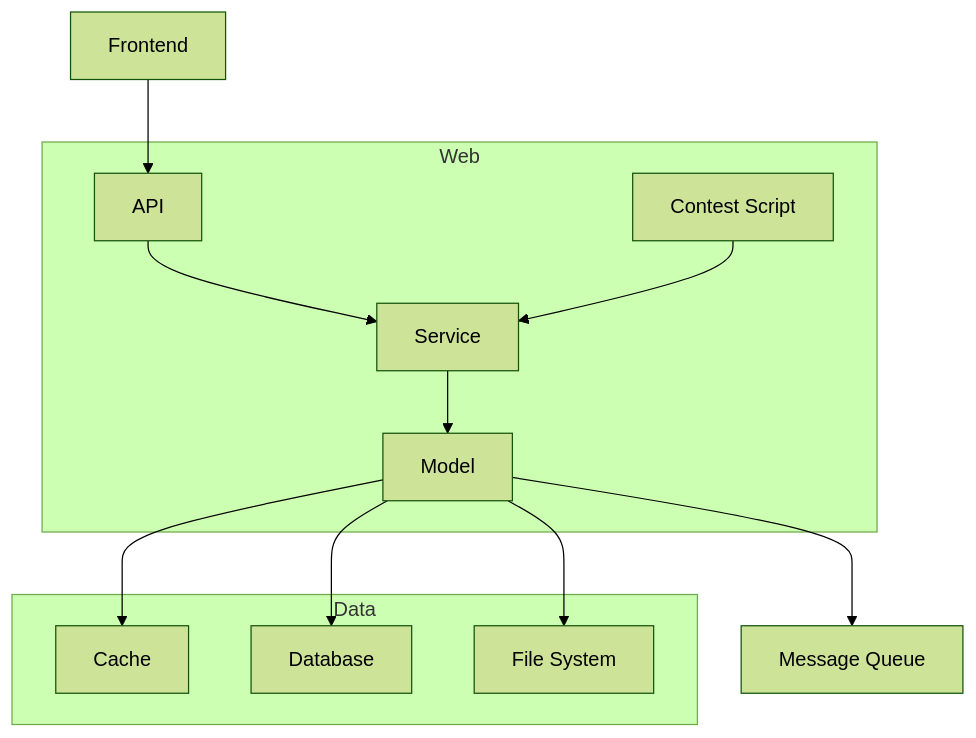
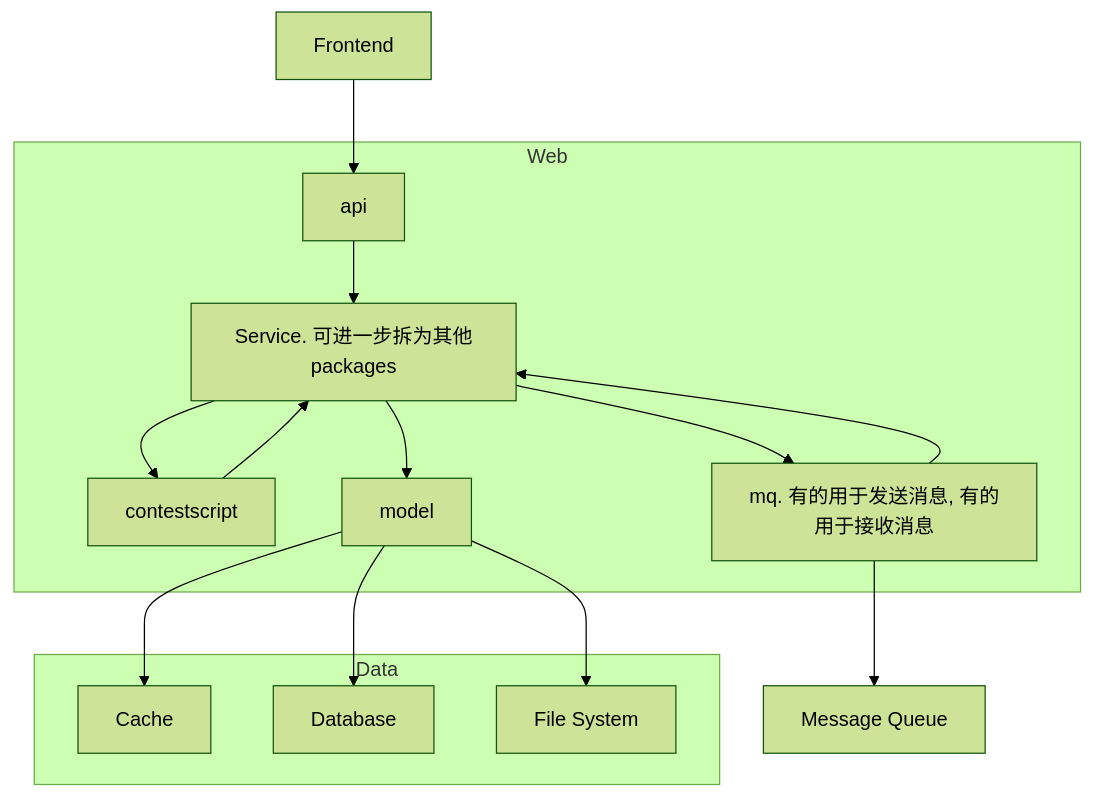
The third of 3 diagrams in docs/dev/web.zh.md (THUAI-ssast/hiper-docs), drawn with Mermaid (forest theme) before and after one commit. The commit also changed other lines of this file and 1 other file, not shown here.

Commit message:
Update arch and web arch

````diff
--- a/docs/dev/web.zh.md
+++ b/docs/dev/web.zh.md
@@ -58,18 +68,24 @@
 ```mermaid
 graph TD
-  Frontend --> B
-    subgraph Web
-    B[API] --> C[Service]
-    D[Contest Script] --> C
-	C --> M[Model]
-    end
-    subgraph Data
-    	Cache
-    	Database
-    	File[File System]
-    end
-	M --> Cache
-	M --> Database
-	M --> File
-    M --> MQ[Message Queue]
+Frontend --> api
+
+subgraph Web
+api --> C[Service. 可进一步拆为其他packages]
+cs[contestscript] --> C
+C --> cs
+C --> m[model]
+C --> mq[mq. 有的用于发送消息, 有的用于接收消息]
+mq --> C
+end
+
+m --> Cache
+m --> Database
+m --> File
+mq --> MQ[Message Queue]
+
+subgraph Data
+  Cache
+  Database
+  File[File System]
+end
 ```
````
